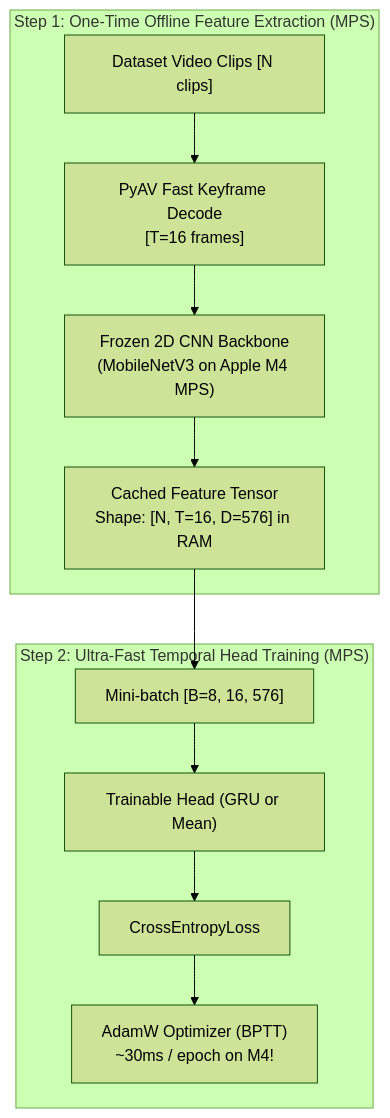
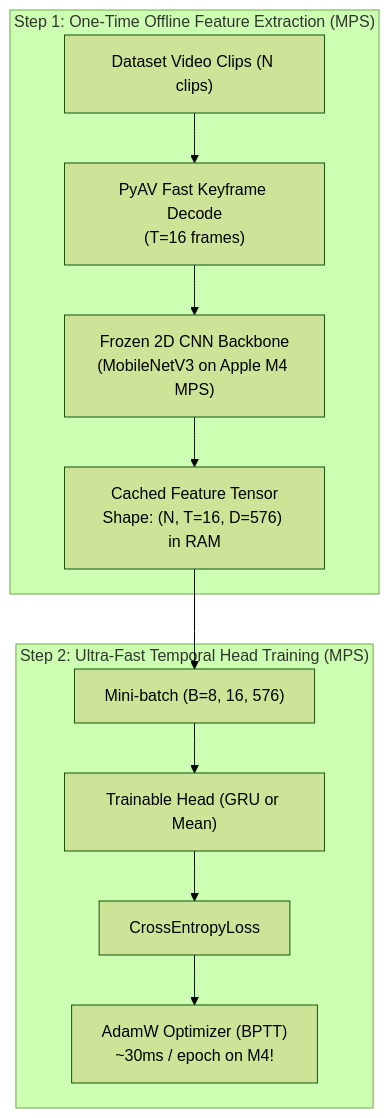
Before and after one commit to ghif/IF5152: the diagram in video-understanding-lab/docs/04_train_late_fusion_head.md, drawn with Mermaid (forest theme). The commit also changed other lines of this file and 3 other files, not shown here.

````diff
--- a/video-understanding-lab/docs/04_train_late_fusion_head.md
+++ b/video-understanding-lab/docs/04_train_late_fusion_head.md
@@ -29,15 +32,15 @@
 ```mermaid
 flowchart TD
     subgraph OfflineCaching ["Step 1: One-Time Offline Feature Extraction (MPS)"]
-        V["Dataset Video Clips [N clips]"] --> Dec["PyAV Fast Keyframe Decode<br/>[T=16 frames]"]
+        V["Dataset Video Clips (N clips)"] --> Dec["PyAV Fast Keyframe Decode<br/>(T=16 frames)"]
         Dec --> BB["Frozen 2D CNN Backbone<br/>(MobileNetV3 on Apple M4 MPS)"]
-        BB --> Cache["Cached Feature Tensor<br/>Shape: [N, T=16, D=576] in RAM"]
+        BB --> Cache["Cached Feature Tensor<br/>Shape: (N, T=16, D=576) in RAM"]
     end
 
     subgraph TrainingLoop ["Step 2: Ultra-Fast Temporal Head Training (MPS)"]
-        Cache --> Batch["Mini-batch [B=8, 16, 576]"]
+        Cache --> Batch["Mini-batch (B=8, 16, 576)"]
         Batch --> Head["Trainable Head (GRU or Mean)"]
         Head --> Loss["CrossEntropyLoss"]
         Loss --> Opt["AdamW Optimizer (BPTT)<br/>~30ms / epoch on M4!"]
     end
 ```
````
